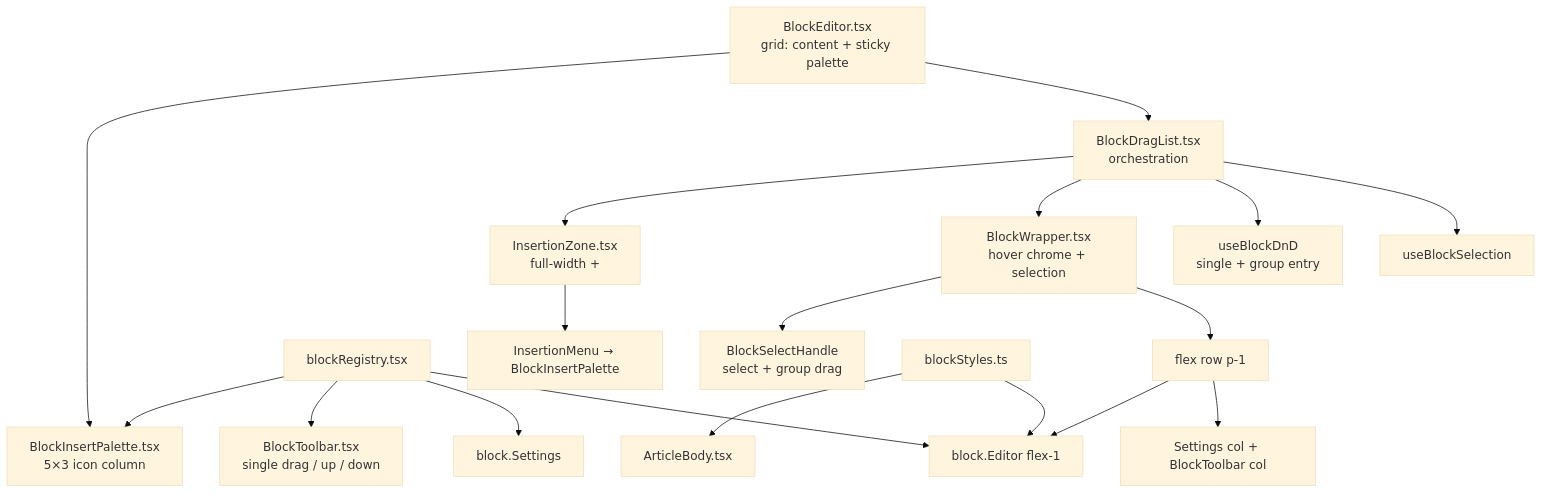
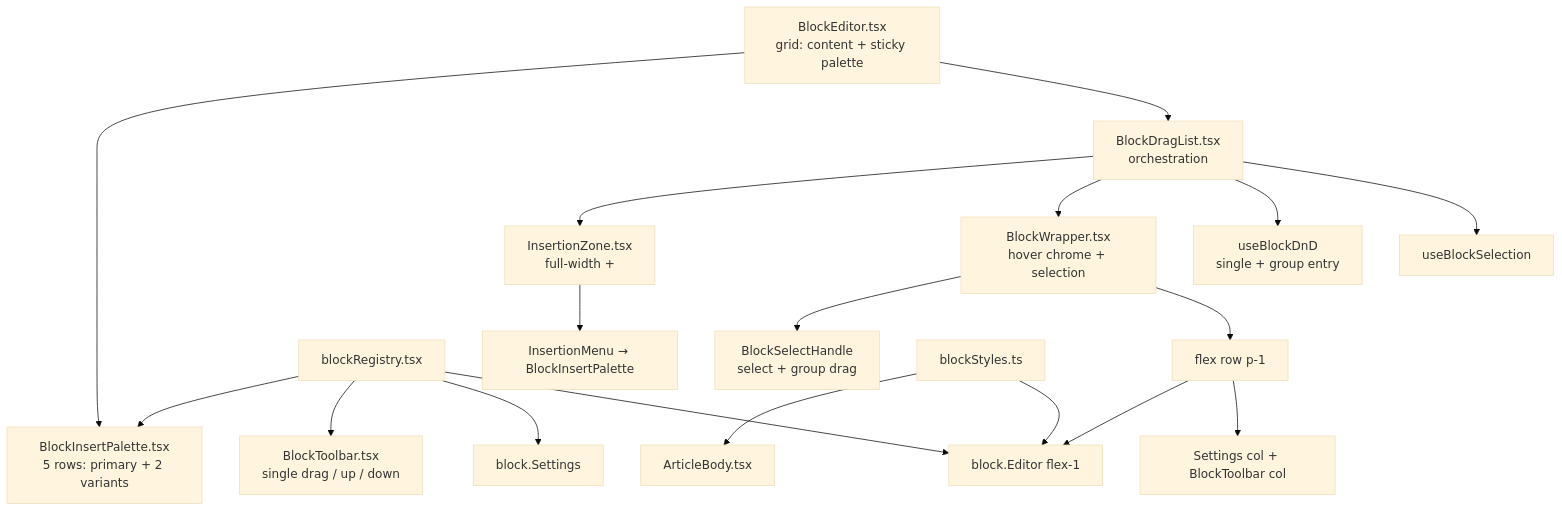
Before and after one commit to dash000meyti/nextgen-cms-Pelak: the first of 2 diagrams in docs/BLOCK-EDITOR.md, drawn with Mermaid (base theme). The commit also changed other lines of this file and 28 other files, not shown here.

````diff
--- a/docs/BLOCK-EDITOR.md
+++ b/docs/BLOCK-EDITOR.md
@@ -25,20 +25,20 @@
 ```mermaid
 flowchart TB
   Shell["BlockEditor.tsx<br/>grid: content + sticky palette"] --> DragList["BlockDragList.tsx<br/>orchestration"]
-  Shell --> Palette["BlockInsertPalette.tsx<br/>5×3 icon column"]
+  Shell --> Palette["BlockInsertPalette.tsx<br/>5 rows: primary + 2 variants"]
   DragList --> Sel["useBlockSelection"]
   DragList --> DnD["useBlockDnD<br/>single + group entry"]
   DragList --> Wrapper["BlockWrapper.tsx<br/>hover chrome + selection"]
   Wrapper --> Row["flex row p-1"]
   Row --> Chrome["Settings col + BlockToolbar col"]
   Row --> Editor["block.Editor flex-1"]
   Registry["blockRegistry.tsx"] --> Editor
   Registry --> Settings["block.Settings"]
   Registry --> Toolbar["BlockToolbar.tsx<br/>single drag / up / down"]
   Registry --> Palette
   Wrapper --> SelectHandle["BlockSelectHandle<br/>select + group drag"]
   DragList --> Zone["InsertionZone.tsx<br/>full-width +"]
   Zone --> Menu["InsertionMenu → BlockInsertPalette"]
   Styles["blockStyles.ts"] --> Editor
   Styles --> Public["ArticleBody.tsx"]
 ```
````
